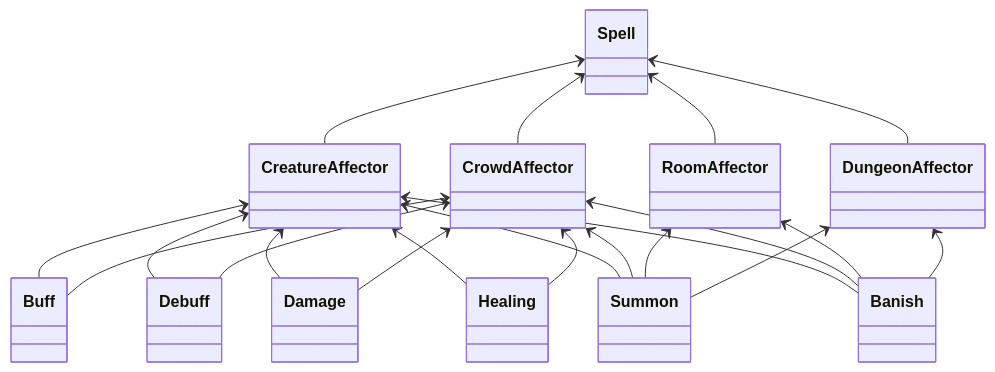
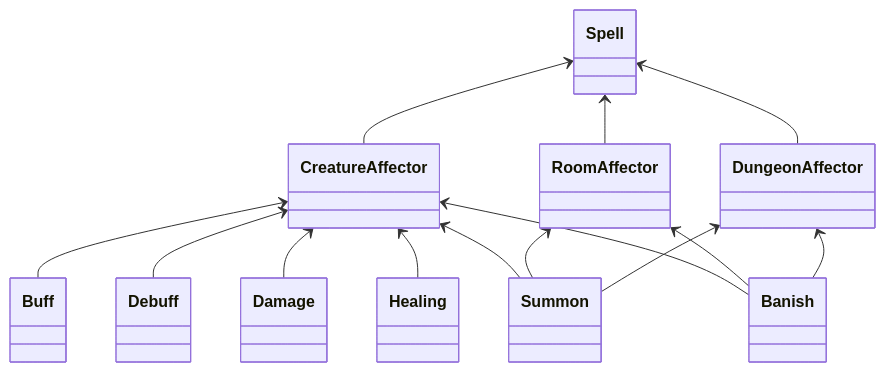
Before and after one commit to GeenDutchman/LHF-MUD: the second of 2 diagrams in README.md, drawn with Mermaid. The commit also changed 2 other files, not shown here.

Commit message:
Nope, collapse those classes

````diff
--- a/README.md
+++ b/README.md
@@ -80,45 +80,35 @@
 ```mermaid
 classDiagram
     class Spell
     class CreatureAffector
-    class CrowdAffector
     class RoomAffector
     class DungeonAffector
     class Buff
     class Debuff
     class Damage
     class Healing
     class Summon
     class Banish
 
     Spell <-- CreatureAffector
-    Spell <-- CrowdAffector
     Spell <-- RoomAffector
     Spell <-- DungeonAffector
     %% Spell <-- Buff
     %% Spell <-- Debuff
     %% Spell <-- Damage
     %% Spell <-- Healing
     %% Spell <-- Summon
     %% Spell <-- Banish
 
     CreatureAffector <-- Buff
     CreatureAffector <-- Debuff
     CreatureAffector <-- Damage
     CreatureAffector <-- Healing
-
-    CrowdAffector <-- Buff
-    CrowdAffector <-- Debuff
-    CrowdAffector <-- Damage
-    CrowdAffector <-- Healing
-
     CreatureAffector <-- Summon
     CreatureAffector <-- Banish
-    CrowdAffector <-- Summon
-    CrowdAffector <-- Banish
     RoomAffector <-- Summon
     RoomAffector <-- Banish
     DungeonAffector <-- Summon
     DungeonAffector <-- Banish
 
 ```
````
